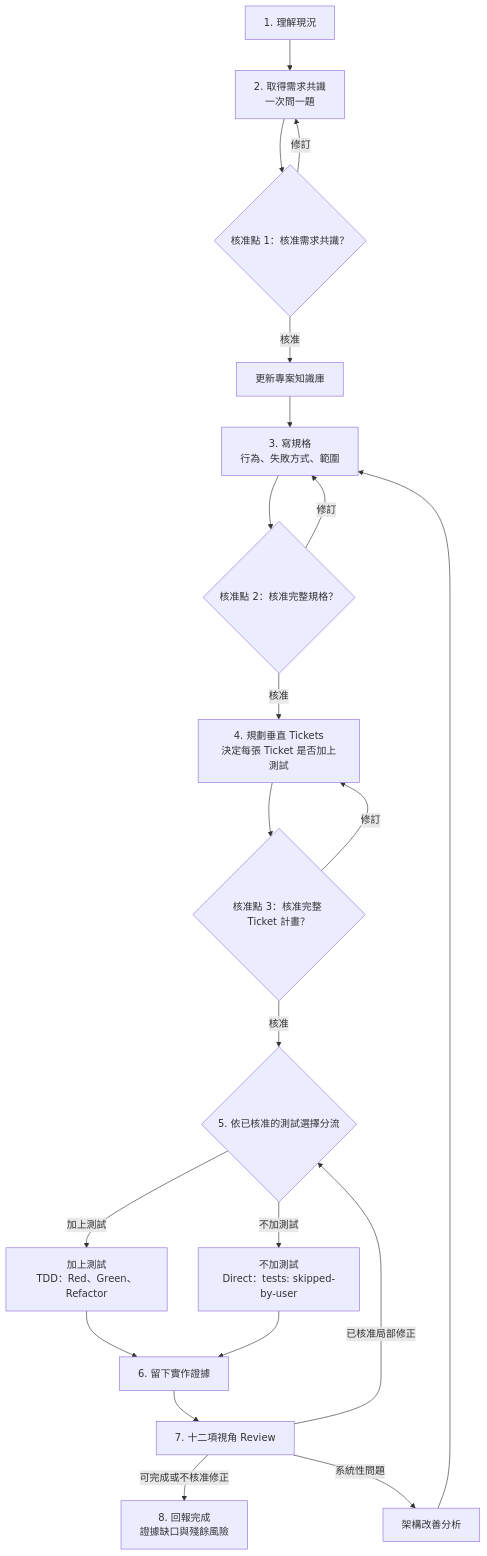
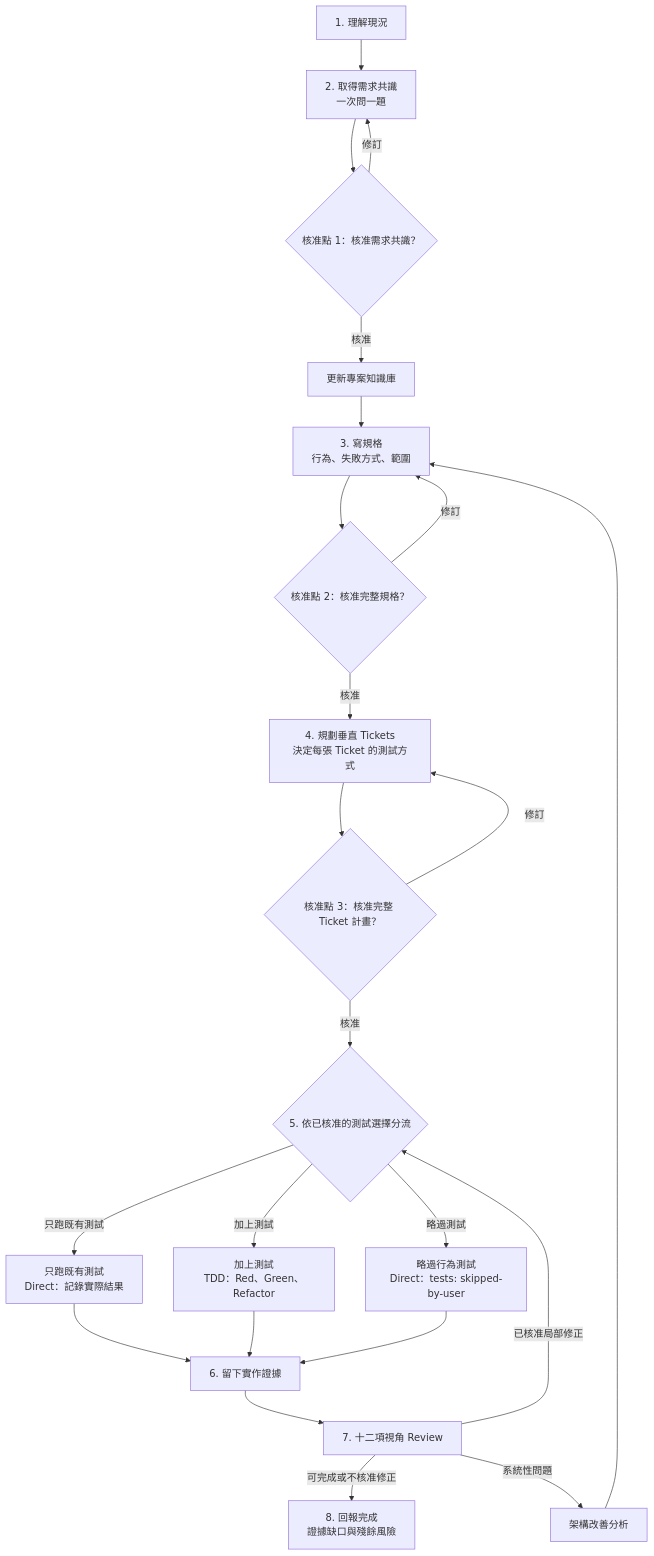
Before and after one commit to Mysterio1001/Ask-Then-Do-It: the first of 2 diagrams in docs/guides/getting-started-simple.zh-TW.md, drawn with Mermaid. The commit also changed other lines of this file and 138 other files, not shown here.

````diff
--- a/docs/guides/getting-started-simple.zh-TW.md
+++ b/docs/guides/getting-started-simple.zh-TW.md
@@ -38,39 +38,42 @@
 ```mermaid
 flowchart TD
     F_STATE["1. 理解現況"]
     F_REQUIREMENTS["2. 取得需求共識<br/>一次問一題"]
     F_REQUIREMENTS_GATE{"核准點 1：核准需求共識？"}
     F_KNOWLEDGE["更新專案知識庫"]
     F_SPECIFICATION["3. 寫規格<br/>行為、失敗方式、範圍"]
     F_SPECIFICATION_GATE{"核准點 2：核准完整規格？"}
-    F_TICKETS["4. 規劃垂直 Tickets<br/>決定每張 Ticket 是否加上測試"]
+    F_TICKETS["4. 規劃垂直 Tickets<br/>決定每張 Ticket 的測試方式"]
     F_TICKET_PLAN_GATE{"核准點 3：核准完整 Ticket 計畫？"}
     F_TEST_CHOICE{"5. 依已核准的測試選擇分流"}
     F_TDD["加上測試<br/>TDD：Red、Green、Refactor"]
-    F_DIRECT["不加測試<br/>Direct：tests: skipped-by-user"]
+    F_DIRECT["略過行為測試<br/>Direct：tests: skipped-by-user"]
+    F_EXISTING["只跑既有測試<br/>Direct：記錄實際結果"]
     F_EVIDENCE["6. 留下實作證據"]
     F_REVIEW["7. 十二項視角 Review"]
     F_COMPLETE["8. 回報完成<br/>證據缺口與殘餘風險"]
     F_ARCHITECTURE["架構改善分析"]
 
     F_STATE --> F_REQUIREMENTS
     F_REQUIREMENTS --> F_REQUIREMENTS_GATE
     F_REQUIREMENTS_GATE -->|修訂| F_REQUIREMENTS
     F_REQUIREMENTS_GATE -->|核准| F_KNOWLEDGE
     F_KNOWLEDGE --> F_SPECIFICATION
     F_SPECIFICATION --> F_SPECIFICATION_GATE
     F_SPECIFICATION_GATE -->|修訂| F_SPECIFICATION
     F_SPECIFICATION_GATE -->|核准| F_TICKETS
     F_TICKETS --> F_TICKET_PLAN_GATE
     F_TICKET_PLAN_GATE -->|修訂| F_TICKETS
     F_TICKET_PLAN_GATE -->|核准| F_TEST_CHOICE
     F_TEST_CHOICE -->|加上測試| F_TDD
-    F_TEST_CHOICE -->|不加測試| F_DIRECT
+    F_TEST_CHOICE -->|略過測試| F_DIRECT
+    F_TEST_CHOICE -->|只跑既有測試| F_EXISTING
+    F_EXISTING --> F_EVIDENCE
     F_TDD --> F_EVIDENCE
     F_DIRECT --> F_EVIDENCE
     F_EVIDENCE --> F_REVIEW
     F_REVIEW -->|可完成或不核准修正| F_COMPLETE
     F_REVIEW -->|已核准局部修正| F_TEST_CHOICE
     F_REVIEW -->|系統性問題| F_ARCHITECTURE
     F_ARCHITECTURE --> F_SPECIFICATION
 ```
````
